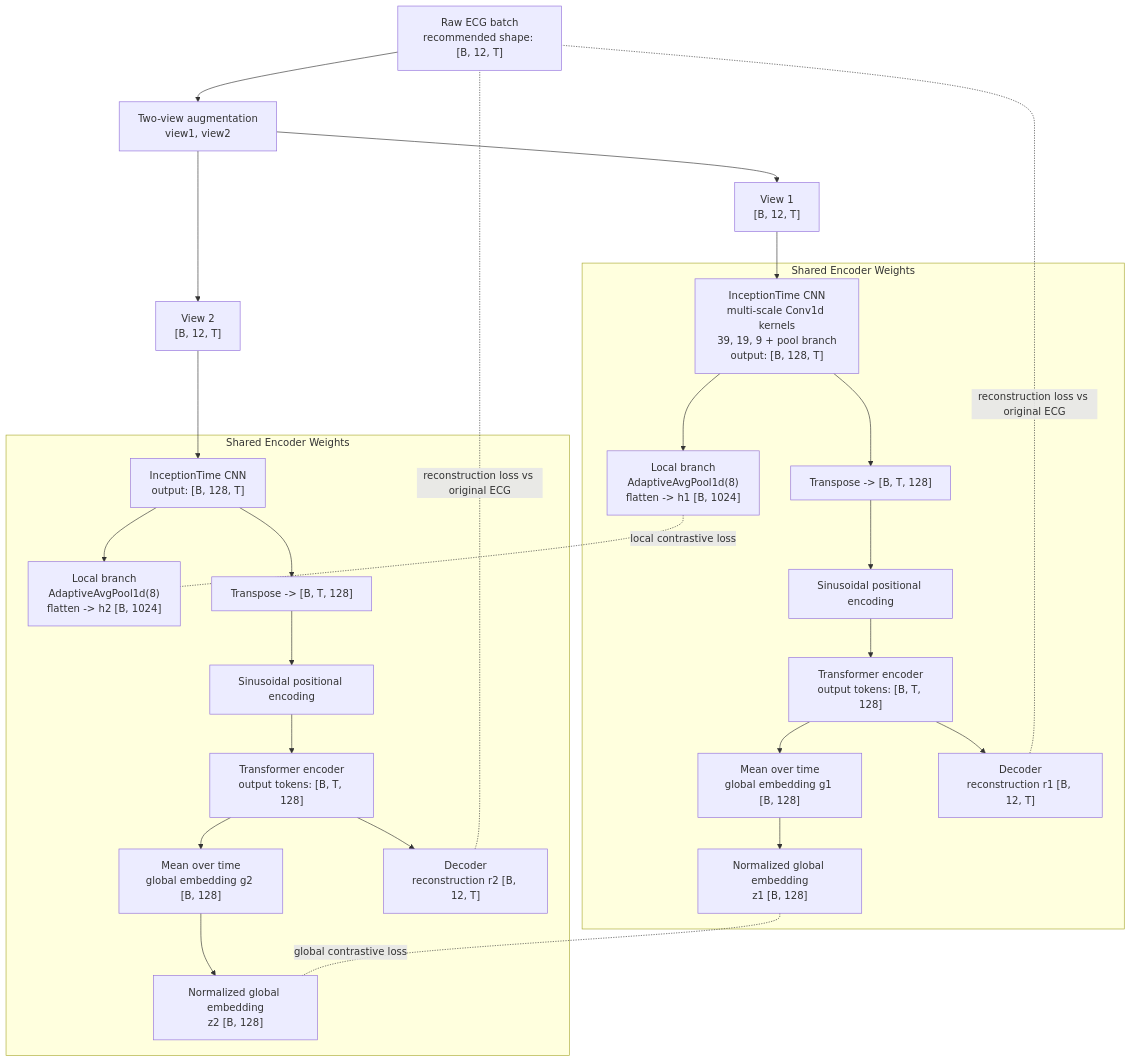
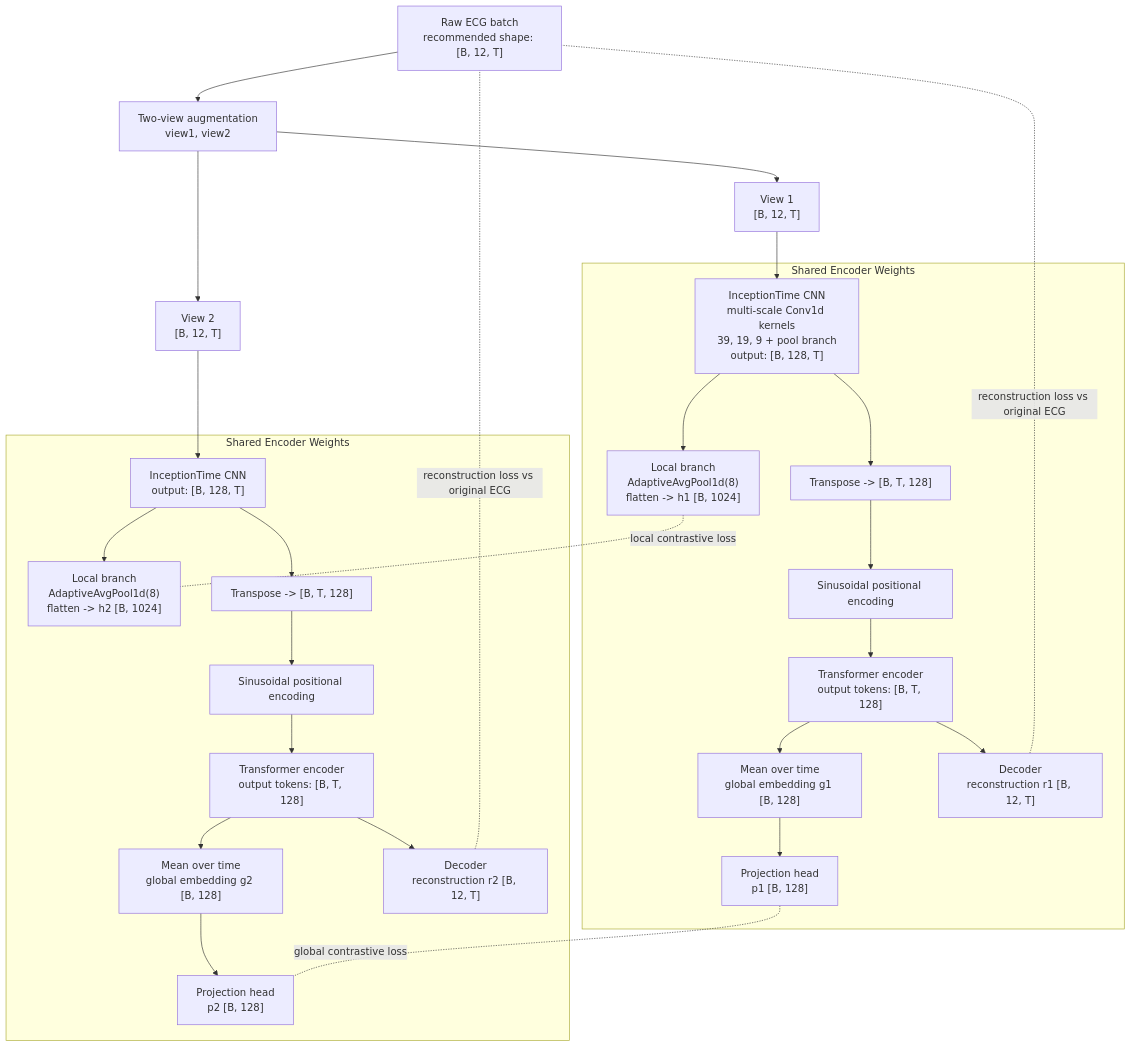
One commit to Vintervad/EKG_Similarity changed the diagram in docs/architecture.md. Above: the diagram before and after it, drawn with Mermaid. The commit also changed other lines of this file and 19 other files, not shown here.

Commit message:
Add temporary projection embedding index artifacts

````diff
--- a/docs/architecture.md
+++ b/docs/architecture.md
@@ -16,48 +16,48 @@
 ```mermaid
 flowchart TD
     A["Raw ECG batch<br/>recommended shape: [B, 12, T]"] --> B["Two-view augmentation<br/>view1, view2"]
 
     B --> V1["View 1<br/>[B, 12, T]"]
     B --> V2["View 2<br/>[B, 12, T]"]
 
     subgraph M1["Shared Encoder Weights"]
         C1["InceptionTime CNN<br/>multi-scale Conv1d kernels<br/>39, 19, 9 + pool branch<br/>output: [B, 128, T]"]
         D1["Local branch<br/>AdaptiveAvgPool1d(8)<br/>flatten -> h1 [B, 1024]"]
         E1["Transpose -> [B, T, 128]"]
         F1["Sinusoidal positional encoding"]
         G1["Transformer encoder<br/>output tokens: [B, T, 128]"]
         H1["Mean over time<br/>global embedding g1 [B, 128]"]
-        I1["Normalized global embedding<br/>z1 [B, 128]"]
+        I1["Projection head<br/>p1 [B, 128]"]
         J1["Decoder<br/>reconstruction r1 [B, 12, T]"]
     end
 
     subgraph M2["Shared Encoder Weights"]
         C2["InceptionTime CNN<br/>output: [B, 128, T]"]
         D2["Local branch<br/>AdaptiveAvgPool1d(8)<br/>flatten -> h2 [B, 1024]"]
         E2["Transpose -> [B, T, 128]"]
         F2["Sinusoidal positional encoding"]
         G2["Transformer encoder<br/>output tokens: [B, T, 128]"]
         H2["Mean over time<br/>global embedding g2 [B, 128]"]
-        I2["Normalized global embedding<br/>z2 [B, 128]"]
+        I2["Projection head<br/>p2 [B, 128]"]
         J2["Decoder<br/>reconstruction r2 [B, 12, T]"]
     end
 
     V1 --> C1
     C1 --> D1
     C1 --> E1
     E1 --> F1 --> G1
     G1 --> H1 --> I1
     G1 --> J1
 
     V2 --> C2
     C2 --> D2
     C2 --> E2
     E2 --> F2 --> G2
     G2 --> H2 --> I2
     G2 --> J2
 
     D1 -. local contrastive loss .- D2
     I1 -. global contrastive loss .- I2
     J1 -. reconstruction loss vs original ECG .- A
     J2 -. reconstruction loss vs original ECG .- A
 ```
````
